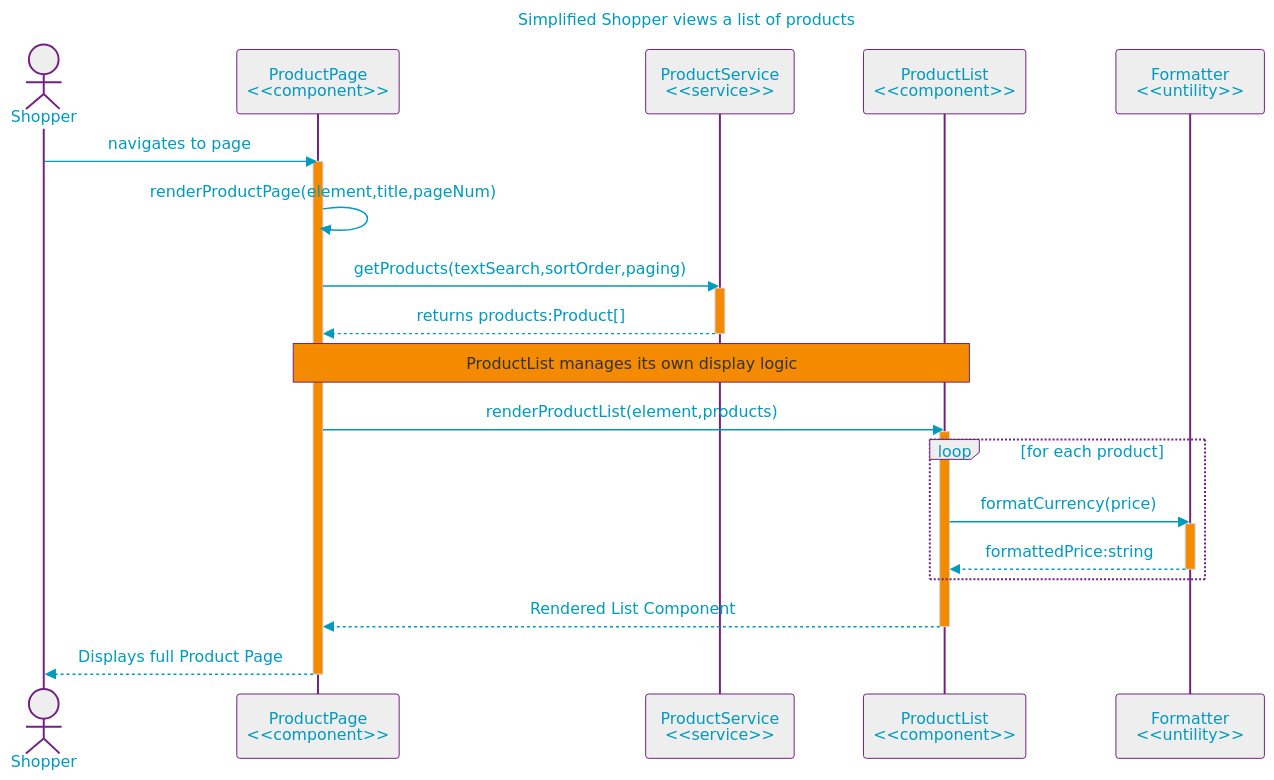
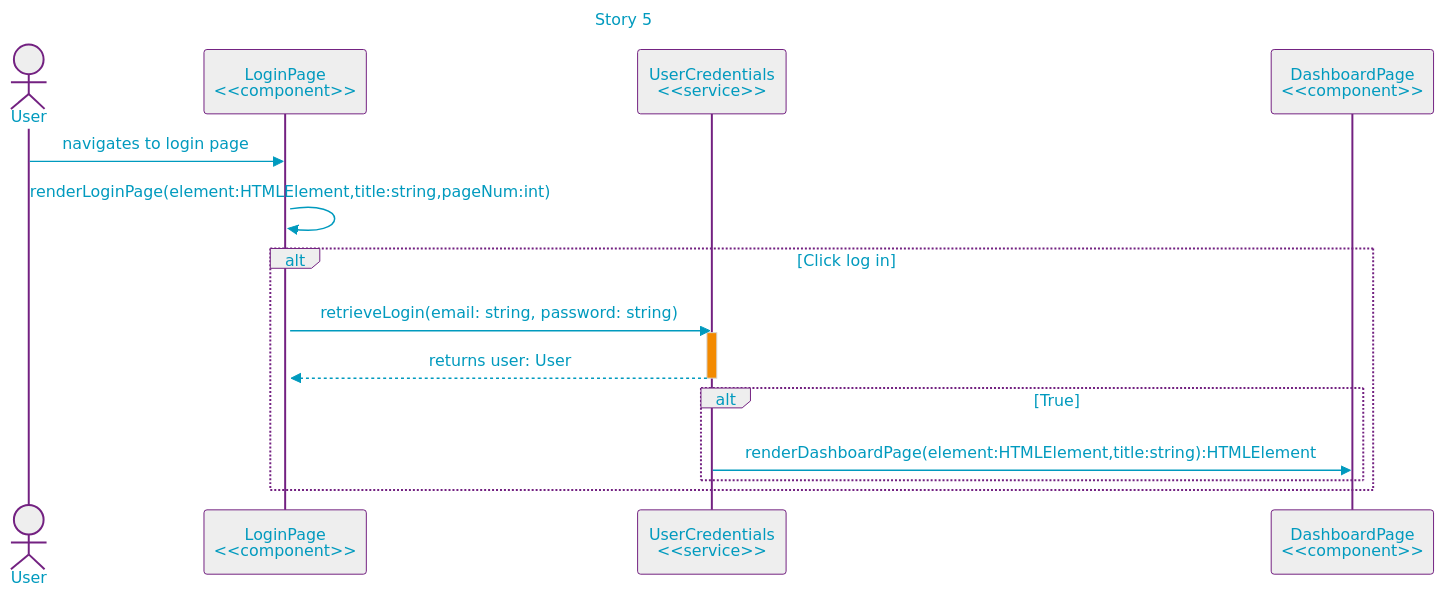
One commit to null-0ne/COSA-195-Gamehub changed the diagram in uml/seq-product-list.md. Above: the diagram before and after it, drawn with Mermaid. The commit also changed 2 other files, not shown here.

Commit message:
Finished erd

````diff
--- a/uml/seq-product-list.md
+++ b/uml/seq-product-list.md
@@ -3,48 +3,34 @@
 ```mermaid
 %%{init:{"securityLevel":"loose","layout":"elk","elk":{"nodePlacementStrategy":"NETWORK_SIMPLEX"},"theme":"base",
 "themeVariables":{"primaryColor":"#EEE","primaryTextColor":"#009ABE","primaryBorderColor":"#732181","lineColor":"#009ABE","noteBorderColor":"#732181","noteBkgColor":"#F38A00","activationBkgColor":"#F38A00"    }
 }}%%
 %%----------------------- MERMAID MARKUP BELOW --------------------%%
 
 
 sequenceDiagram
-title: Simplified Shopper views a list of products
+title: Story 5
 
-    actor u as Shopper
-    participant p as ProductPage<br><<component>>
-    participant s as ProductService<br><<service>>
-    participant l as ProductList<br><<component>>
-    participant f as Formatter<br><<untility>>
+    actor u as User
+    participant l as LoginPage<br><<component>>
+    participant c as UserCredentials<br><<service>>
+    participant d as DashboardPage<br><<component>>
+    
 
-    u->>p: navigates to page
-    activate p
-
-    p->>p: renderProductPage(element,title,pageNum)
-    
-    p->>s: getProducts(textSearch,sortOrder,paging)
-    activate s
-    s-->>p: returns products:Product[]
-    deactivate s
-
-    Note over p, l: ProductList manages its own display logic
-    p->>l: renderProductList(element,products)
+    u->>l: navigates to login page
     activate l
-    
-    loop for each product
-        l->>f: formatCurrency(price)
-        activate f
-        f-->>l: formattedPrice:string
-        deactivate f
+    l->>l: renderLoginPage(element:HTMLElement,title:string,pageNum:int)
+    alt Click log in
+        l->>c: retrieveLogin(email: string, password: string)
+        activate c
+        c-->>l: returns user: User
+        deactivate c
+        alt True
+            c->>d: renderDashboardPage(element:HTMLElement,title:string):HTMLElement
+        end
     end
-    
-    l-->>p: Rendered List Component
-    deactivate l
-
-    p-->>u: Displays full Product Page
-    deactivate p
 
 
 
 
 %%----------------------- MERMAID MARKUP ABOVE --------------------%%
 ```
````
